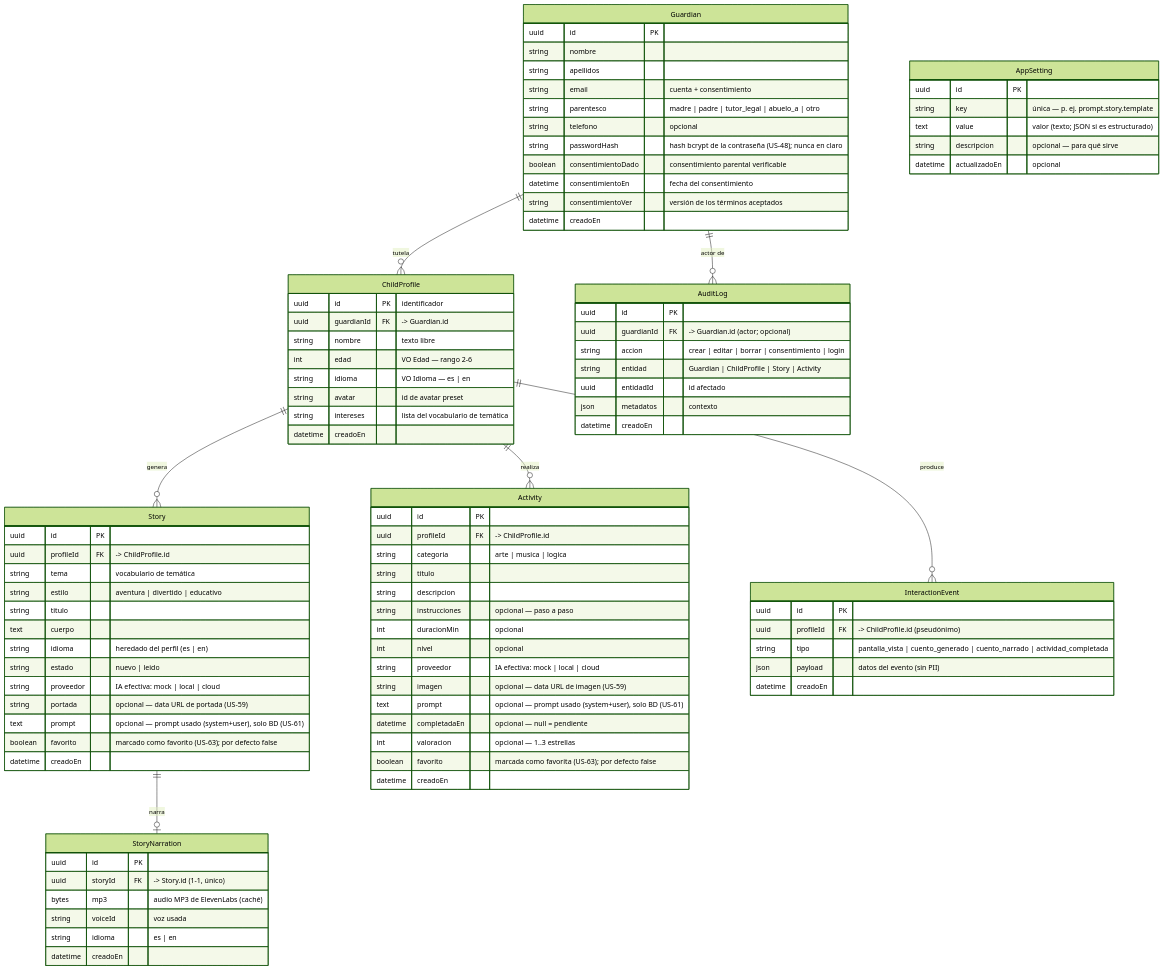
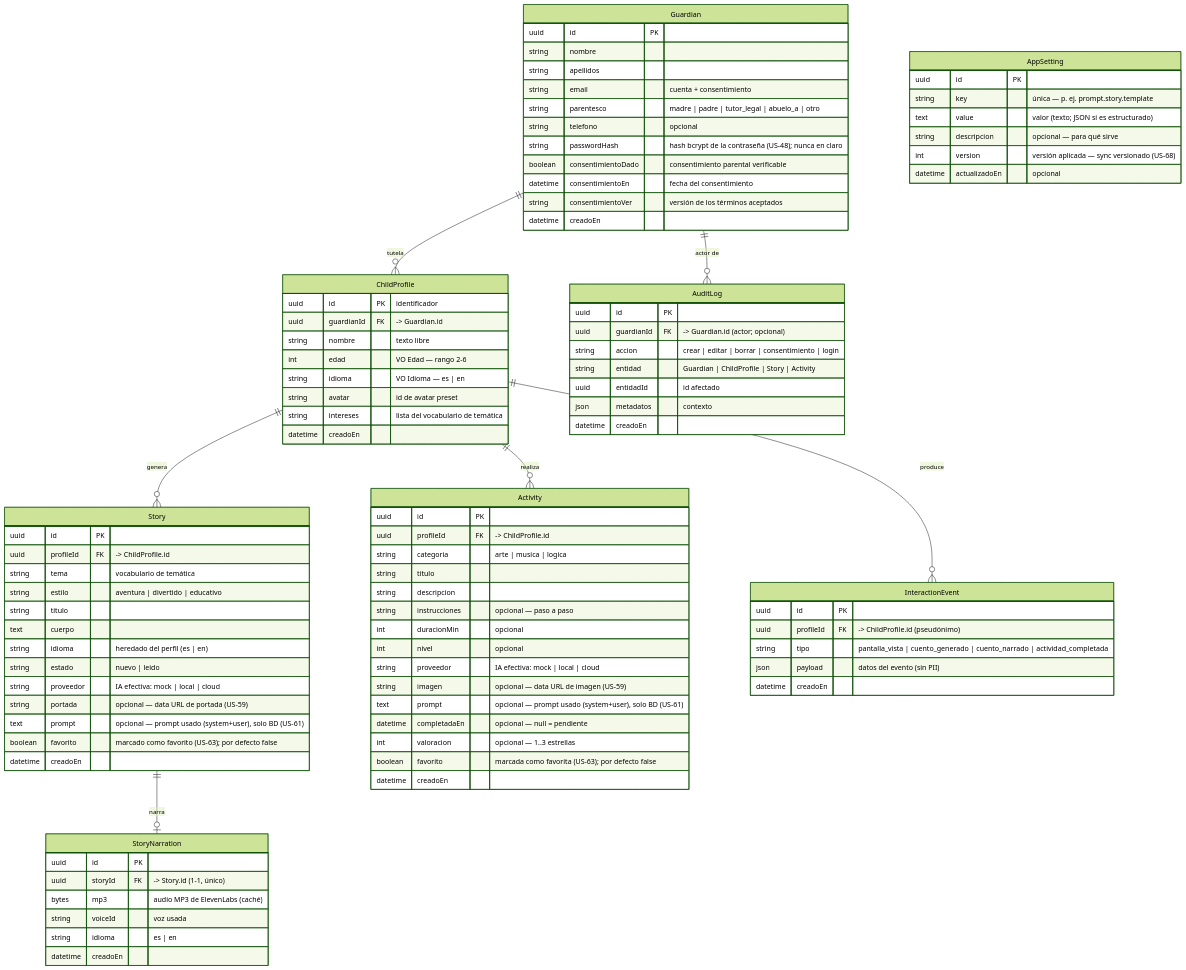
The diagram in Docs/modelo-datos.md (Mithor86-2/magyblobapp), drawn with Mermaid (forest theme) before and after one commit. The commit also changed other lines of this file and 3 other files, not shown here.

````diff
--- a/Docs/modelo-datos.md
+++ b/Docs/modelo-datos.md
@@ -111,6 +111,7 @@
         string   key           "única — p. ej. prompt.story.template"
         text     value         "valor (texto; JSON si es estructurado)"
         string   descripcion   "opcional — para qué sirve"
+        int      version       "versión aplicada — sync versionado (US-68)"
         datetime actualizadoEn "opcional"
     }
 ```
````
